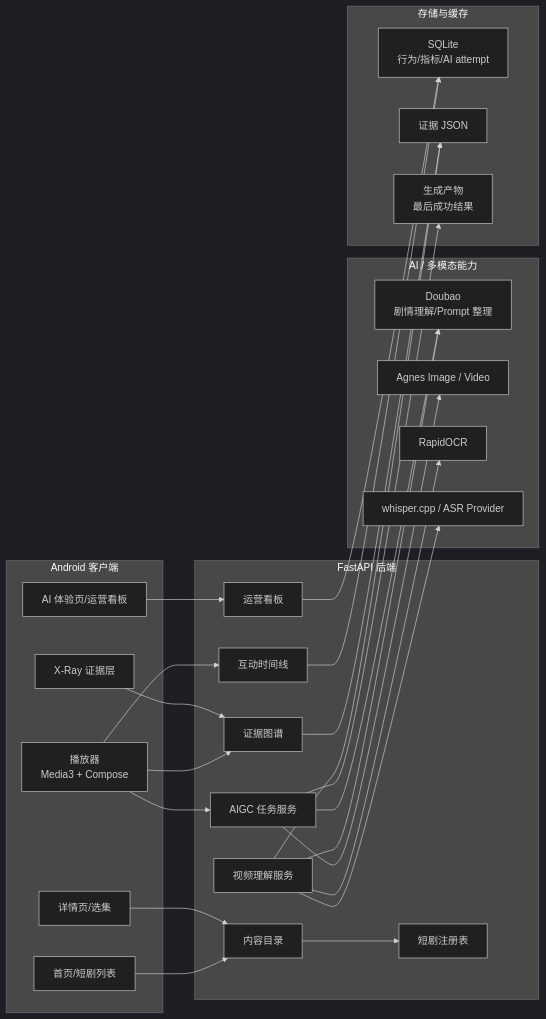
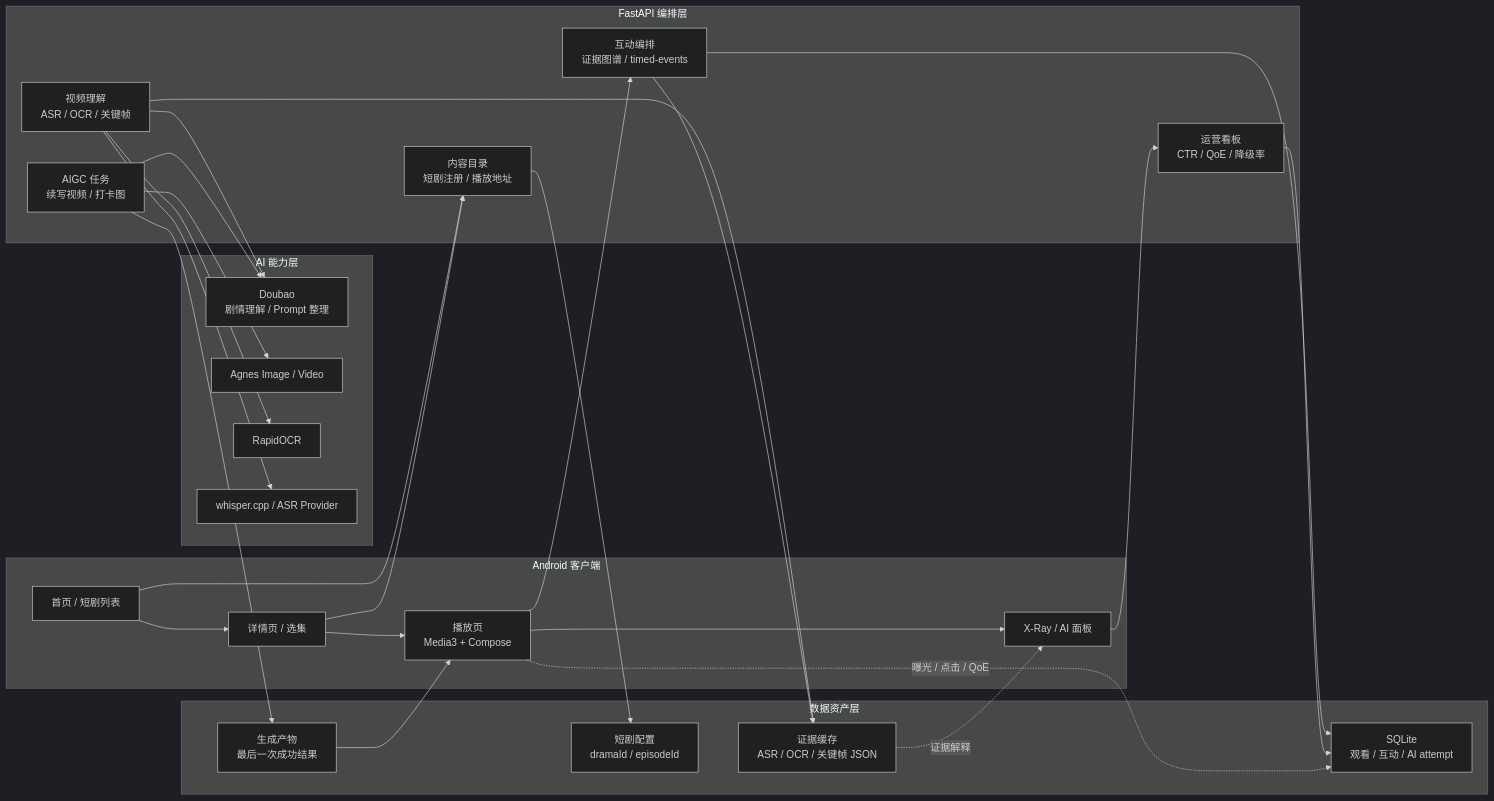
One commit to wobenwushenlun/short-drama-plot-understanding changed the diagram in README.md. Above: the diagram before and after it, drawn with Mermaid (dark theme).

Commit message:
重绘README系统架构图

````diff
--- a/README.md
+++ b/README.md
@@ -20,53 +20,53 @@
 ```mermaid
 flowchart LR
-  subgraph Android["Android 客户端"]
-    Home["首页/短剧列表"]
-    Detail["详情页/选集"]
-    Player["播放器<br/>Media3 + Compose"]
-    XRay["X-Ray 证据层"]
-    AiPanel["AI 体验页/运营看板"]
+  subgraph Client["Android 客户端"]
+    C1["首页 / 短剧列表"]
+    C2["详情页 / 选集"]
+    C3["播放页<br/>Media3 + Compose"]
+    C4["X-Ray / AI 面板"]
   end
 
-  subgraph Backend["FastAPI 后端"]
-    Registry["短剧注册表"]
-    Catalog["内容目录"]
-    Understanding["视频理解服务"]
-    Evidence["证据图谱"]
-    Timeline["互动时间线"]
-    Generation["AIGC 任务服务"]
-    Dashboard["运营看板"]
+  subgraph Server["FastAPI 编排层"]
+    S1["内容目录<br/>短剧注册 / 播放地址"]
+    S2["视频理解<br/>ASR / OCR / 关键帧"]
+    S3["互动编排<br/>证据图谱 / timed-events"]
+    S4["AIGC 任务<br/>续写视频 / 打卡图"]
+    S5["运营看板<br/>CTR / QoE / 降级率"]
   end
 
-  subgraph AI["AI / 多模态能力"]
-    LLM["Doubao<br/>剧情理解/Prompt 整理"]
-    ImageVideo["Agnes Image / Video"]
-    OCR["RapidOCR"]
-    ASR["whisper.cpp / ASR Provider"]
+  subgraph Models["AI 能力层"]
+    M1["Doubao<br/>剧情理解 / Prompt 整理"]
+    M2["Agnes Image / Video"]
+    M3["RapidOCR"]
+    M4["whisper.cpp / ASR Provider"]
   end
 
-  subgraph Storage["存储与缓存"]
-    SQLite["SQLite<br/>行为/指标/AI attempt"]
-    EvidenceJson["证据 JSON"]
-    Artifacts["生成产物<br/>最后成功结果"]
+  subgraph Data["数据资产层"]
+    D1["短剧配置<br/>dramaId / episodeId"]
+    D2["证据缓存<br/>ASR / OCR / 关键帧 JSON"]
+    D3["SQLite<br/>观看 / 互动 / AI attempt"]
+    D4["生成产物<br/>最后一次成功结果"]
   end
 
-  Home --> Catalog
-  Detail --> Catalog
-  Player --> Timeline
-  Player --> Evidence
-  Player --> Generation
-  XRay --> Evidence
-  AiPanel --> Dashboard
+  C1 --> C2 --> C3 --> C4
+  C1 --> S1
+  C2 --> S1
+  C3 --> S3
+  C4 --> S5
 
-  Catalog --> Registry
-  Understanding --> OCR
-  Understanding --> ASR
-  Understanding --> LLM
-  Understanding --> EvidenceJson
-  Evidence --> EvidenceJson
-  Timeline --> SQLite
-  Generation --> LLM
-  Generation --> ImageVideo
-  Generation --> Artifacts
-  Dashboard --> SQLite
+  S1 --> D1
+  S2 --> M3
+  S2 --> M4
+  S2 --> M1
+  S2 --> D2
+  S3 --> D2
+  S3 --> D3
+  S4 --> M1
+  S4 --> M2
+  S4 --> D4
+  S5 --> D3
+  D4 --> C3
+
+  C3 -.曝光 / 点击 / QoE.-> D3
+  D2 -.证据解释.-> C4
 ```
````
